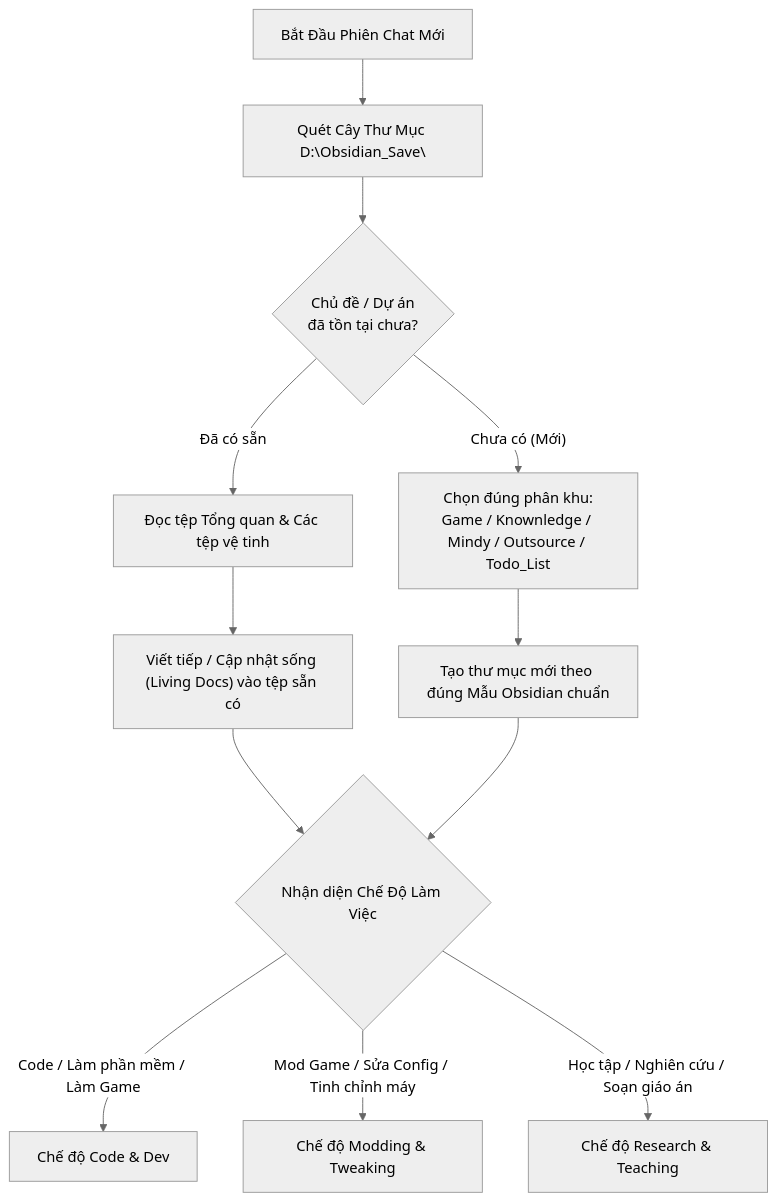
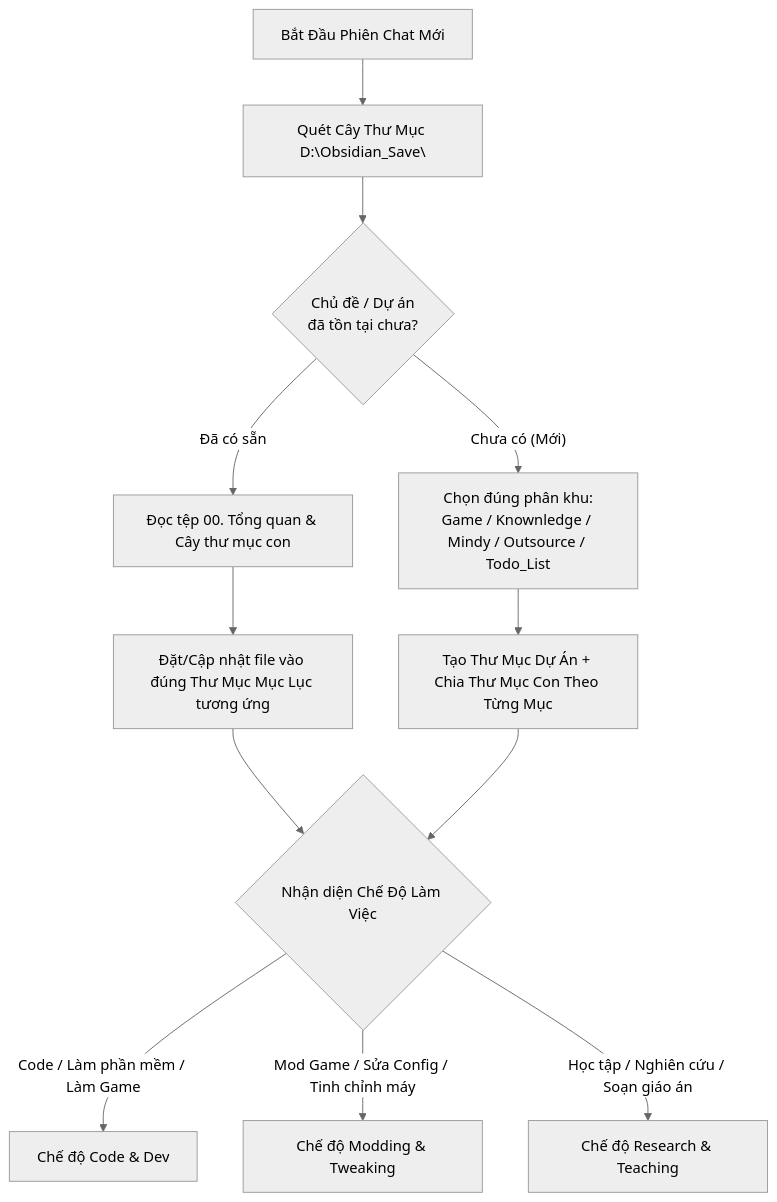
The diagram in GEMINI.md (LordV4D3R/Game), drawn with Mermaid (neutral theme) before and after one commit. The commit also changed other lines of this file, not shown here.

Commit message:
docs: enforce Folder-First Hierarchy (category sub-folders) in GEMINI.md

````diff
--- a/GEMINI.md
+++ b/GEMINI.md
@@ -21,18 +21,18 @@
 ```mermaid
 flowchart TD
     Start["Bắt Đầu Phiên Chat Mới"] --> Scan["Quét Cây Thư Mục D:\Obsidian_Save\"]
     Scan --> Exists{"Chủ đề / Dự án<br>đã tồn tại chưa?"}
     
-    Exists -- "Đã có sẵn" --> ReadHub["Đọc tệp Tổng quan & Các tệp vệ tinh"]
-    ReadHub --> ContinueWork["Viết tiếp / Cập nhật sống (Living Docs) vào tệp sẵn có"]
+    Exists -- "Đã có sẵn" --> ReadHub["Đọc tệp 00. Tổng quan & Cây thư mục con"]
+    ReadHub --> ContinueWork["Đặt/Cập nhật file vào đúng Thư Mục Mục Lục tương ứng"]
     
     Exists -- "Chưa có (Mới)" --> PickZone["Chọn đúng phân khu:<br>Game / Knownledge / Mindy / Outsource / Todo_List"]
-    PickZone --> InitFolder["Tạo thư mục mới theo đúng Mẫu Obsidian chuẩn"]
+    PickZone --> InitFolder["Tạo Thư Mục Dự Án + Chia Thư Mục Con Theo Từng Mục"]
     
     ContinueWork --> DetectMode{"Nhận diện Chế Độ Làm Việc"}
     InitFolder --> DetectMode
     
     DetectMode -- "Code / Làm phần mềm / Làm Game" --> ModeCode["Chế độ Code & Dev"]
     DetectMode -- "Mod Game / Sửa Config / Tinh chỉnh máy" --> ModeMod["Chế độ Modding & Tweaking"]
     DetectMode -- "Học tập / Nghiên cứu / Soạn giáo án" --> ModeStudy["Chế độ Research & Teaching"]
 ```
````
